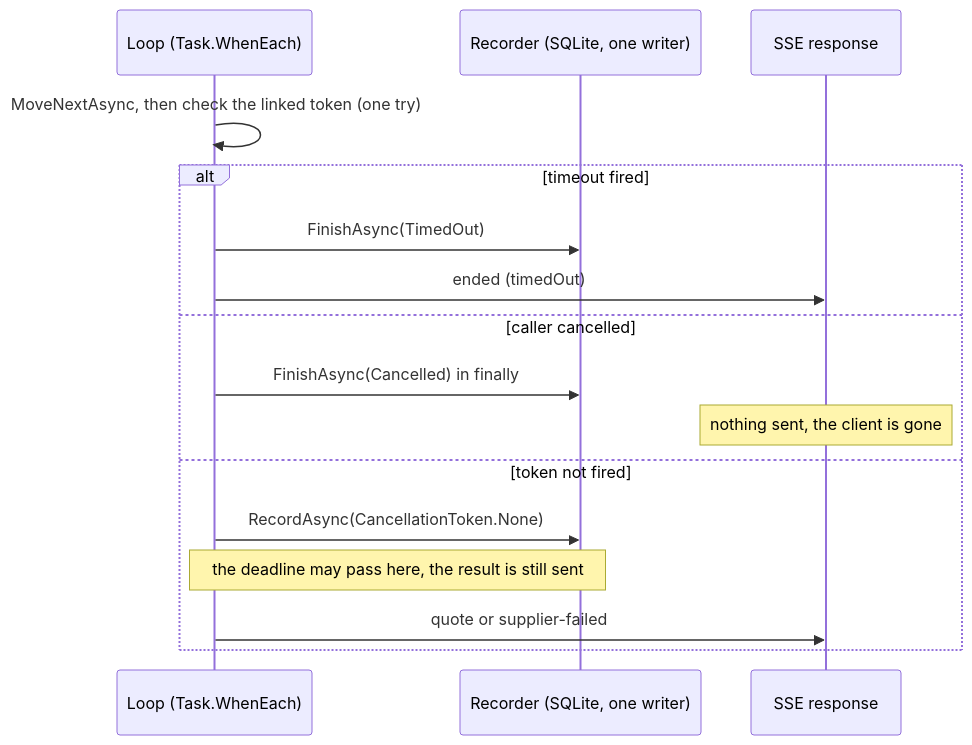
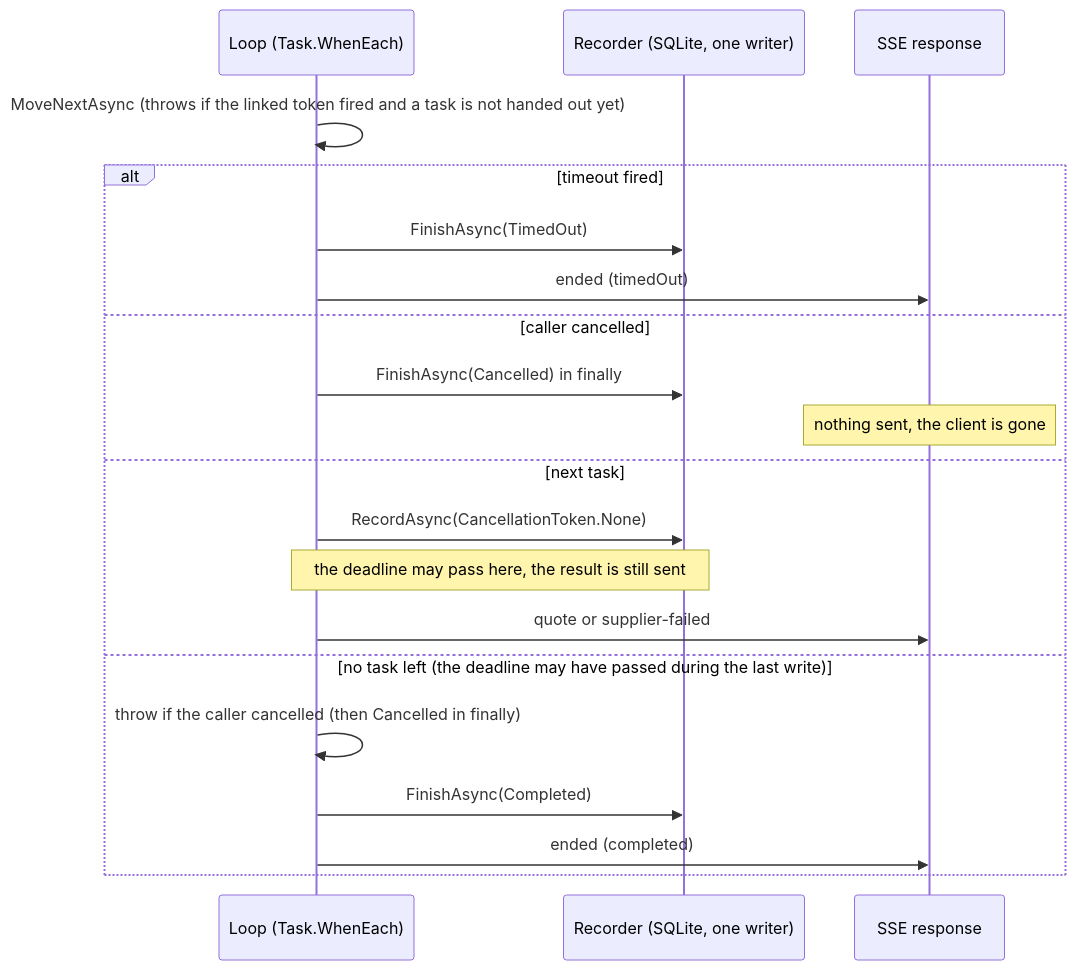
The second of 2 diagrams in docs/plan.md (l-Vladislav/pricehunt), drawn with Mermaid before and after one commit. The commit also changed other lines of this file and 6 other files, not shown here.

First line of the commit message:
docs: rely on Task.WhenEach for the deadline, define last-write outcomes

````diff
--- a/docs/plan.md
+++ b/docs/plan.md
@@ -61,18 +67,22 @@
 ```mermaid
 sequenceDiagram
     participant L as Loop (Task.WhenEach)
     participant R as Recorder (SQLite, one writer)
     participant C as SSE response
-    L->>L: MoveNextAsync, then check the linked token (one try)
+    L->>L: MoveNextAsync (throws if the linked token fired and a task is not handed out yet)
     alt timeout fired
         L->>R: FinishAsync(TimedOut)
         L->>C: ended (timedOut)
     else caller cancelled
         L->>R: FinishAsync(Cancelled) in finally
         Note over C: nothing sent, the client is gone
-    else token not fired
+    else next task
         L->>R: RecordAsync(CancellationToken.None)
         Note over L,R: the deadline may pass here, the result is still sent
         L->>C: quote or supplier-failed
+    else no task left (the deadline may have passed during the last write)
+        L->>L: throw if the caller cancelled (then Cancelled in finally)
+        L->>R: FinishAsync(Completed)
+        L->>C: ended (completed)
     end
 ```
````
